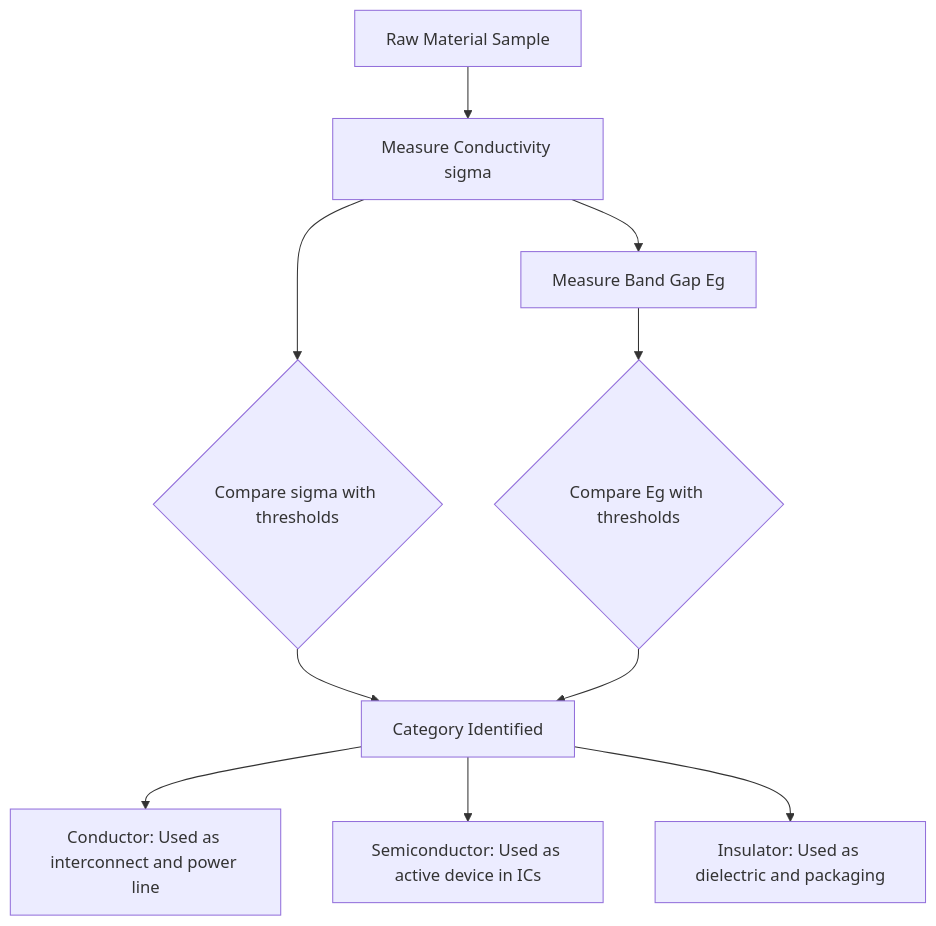
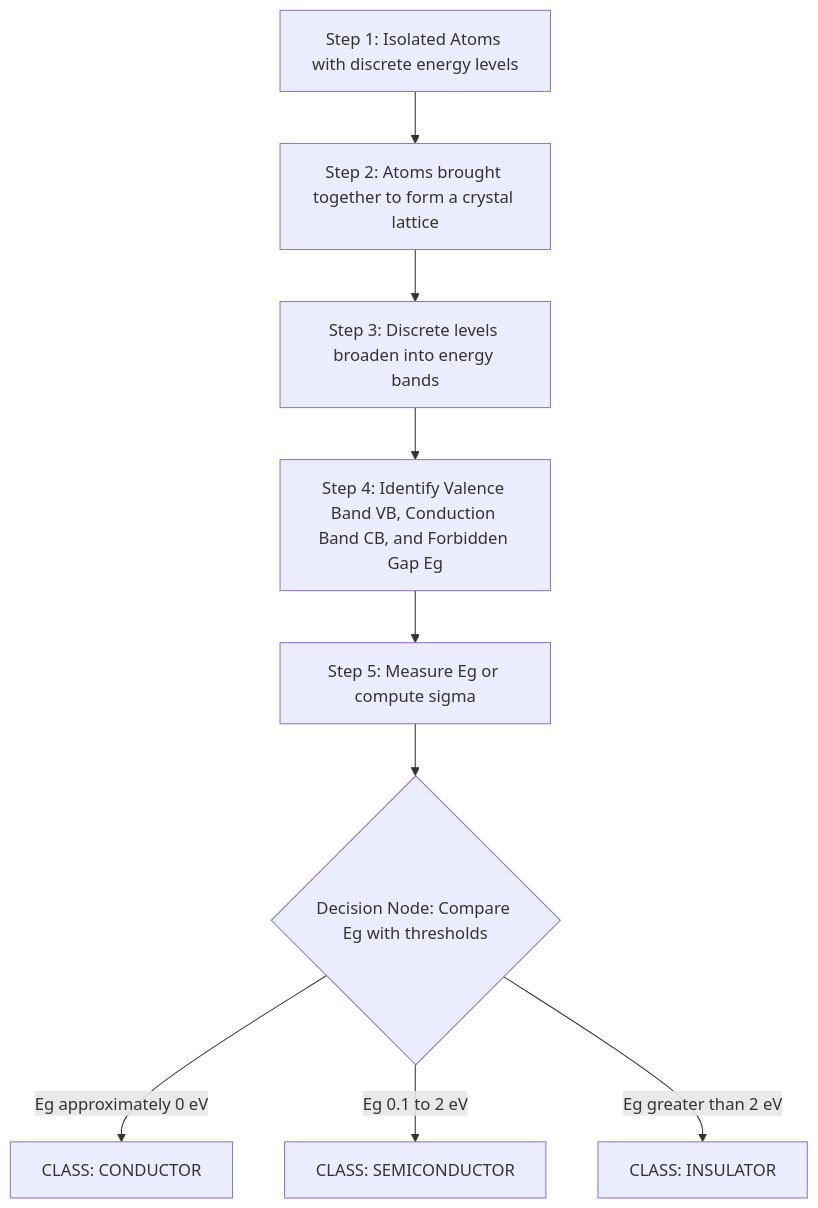
One commit to vishnuu-kr/ktunode changed the third of 3 diagrams in public/notes/computer-science-and-engineering/semester-1/gapht121-physics-for-information-science/01-module-1-electrical-conductivity/classification-of-materials-into-conductor-semiconductor-and-insulator/notes.md. Above: the diagram before and after it, drawn with Mermaid. The commit also changed other lines of this file and 4829 other files, not shown here.

````diff
--- a/public/notes/computer-science-and-engineering/semester-1/gapht121-physics-for-information-science/01-module-1-electrical-conductivity/classification-of-materials-into-conductor-semiconductor-and-insulator/notes.md
+++ b/public/notes/computer-science-and-engineering/semester-1/gapht121-physics-for-information-science/01-module-1-electrical-conductivity/classification-of-materials-into-conductor-semiconductor-and-insulator/notes.md
@@ -389,14 +400,11 @@
 ```mermaid
 flowchart TD
-    rawMat[Raw Material Sample] --> measCond[Measure Conductivity sigma]
-    measCond --> measEg[Measure Band Gap Eg]
-    measCond --> decA{Compare sigma with thresholds}
-    measEg --> decB{Compare Eg with thresholds}
-
-    decA --> catA[Category Identified]
-    decB --> catA
-
-    catA --> appA[Conductor: Used as interconnect and power line]
-    catA --> appB[Semiconductor: Used as active device in ICs]
-    catA --> appC[Insulator: Used as dielectric and packaging]
+    S1[Step 1: Isolated Atoms with discrete energy levels] --> S2[Step 2: Atoms brought together to form a crystal lattice]
+    S2 --> S3[Step 3: Discrete levels broaden into energy bands]
+    S3 --> S4[Step 4: Identify Valence Band VB, Conduction Band CB, and Forbidden Gap Eg]
+    S4 --> S5[Step 5: Measure Eg or compute sigma]
+    S5 --> S6{Decision Node: Compare Eg with thresholds}
+    S6 -- Eg approximately 0 eV --> OUT1[CLASS: CONDUCTOR]
+    S6 -- Eg 0.1 to 2 eV --> OUT2[CLASS: SEMICONDUCTOR]
+    S6 -- Eg greater than 2 eV --> OUT3[CLASS: INSULATOR]
 ```
````
